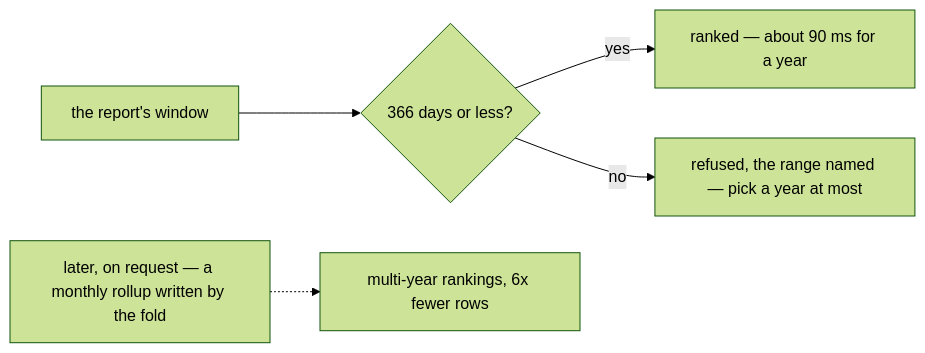
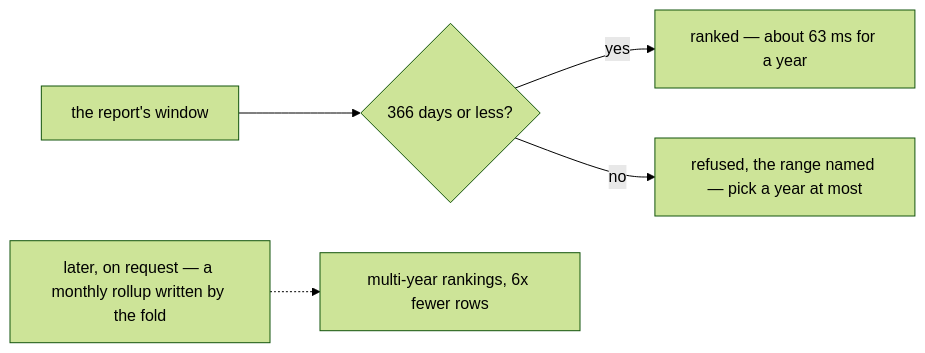
One commit to pdcgo/warehouse_revamp changed the sixth of 9 diagrams in docs/business/supplier/context_clarify.md. Above: the diagram before and after it, drawn with Mermaid (forest theme). The commit also changed other lines of this file and 346 other files, not shown here.

First line of the commit message:
feat(analytic): the graph and its Table/Graph tabs, metrics/suppliers on the contract — with the order, liability and shipment work in flight

````diff
--- a/docs/business/supplier/context_clarify.md
+++ b/docs/business/supplier/context_clarify.md
@@ -351,7 +355,7 @@
     ```mermaid
     flowchart LR
       W["the report's window"] --> C{"366 days or less?"}
-      C -->|"yes"| R["ranked — about 90 ms for a year"]
+      C -->|"yes"| R["ranked — about 63 ms for a year"]
       C -->|"no"| X["refused, the range named — pick a year at most"]
       M["later, on request — a monthly rollup written by the fold"] -.-> L["multi-year rankings, 6x fewer rows"]
     ```
````
